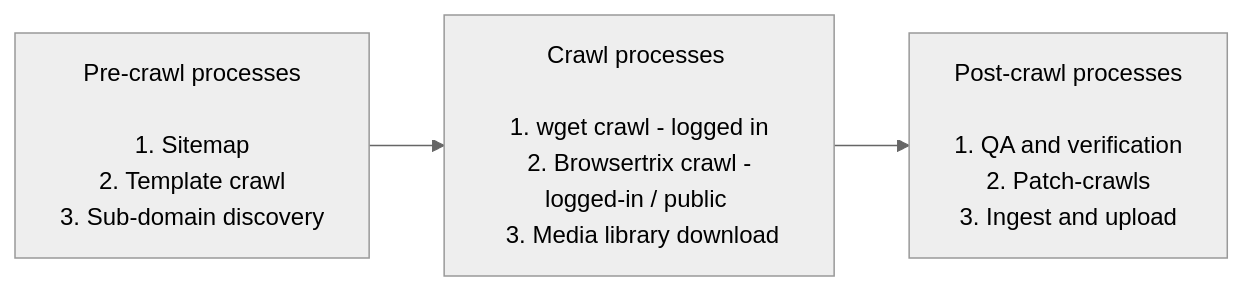
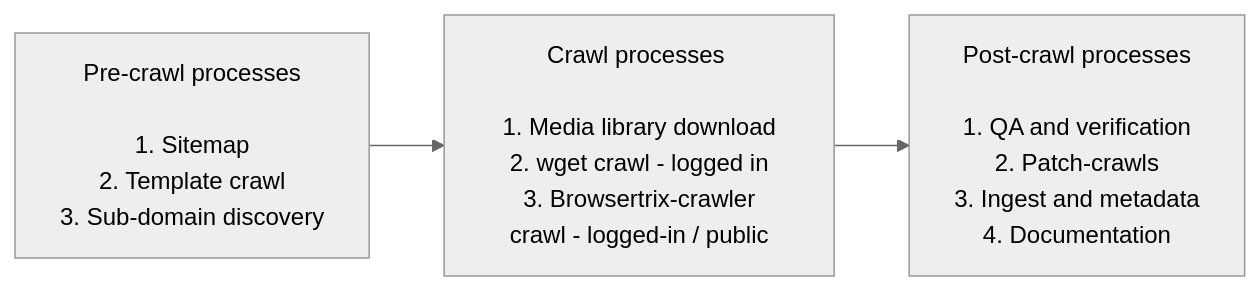
The diagram in docs/admin-guides/web-archiving/crawl-process-overview.md (icaew-digital-archive/handbook), drawn with Mermaid (neutral theme) before and after one commit. The commit also changed other lines of this file and 3 other files, not shown here.

````diff
--- a/docs/admin-guides/web-archiving/crawl-process-overview.md
+++ b/docs/admin-guides/web-archiving/crawl-process-overview.md
@@ -7,5 +7,5 @@
 ```mermaid
 flowchart LR
     id1[Pre-crawl processes \n\n 1. Sitemap \n 2. Template crawl \n 3. Sub-domain discovery] --> id2
-    id2[Crawl processes \n\n 1. wget crawl - logged in \n 2. Browsertrix crawl - logged-in / public \n 3. Media library download] --> id3[Post-crawl processes \n\n 1. QA and verification \n 2. Patch-crawls \n 3. Ingest and upload]
+    id2[Crawl processes \n\n 1. Media library download \n 2. wget crawl - logged in \n 3. Browsertrix-crawler crawl - logged-in / public] --> id3[Post-crawl processes \n\n 1. QA and verification \n 2. Patch-crawls \n 3. Ingest and metadata \n 4. Documentation]
 ```
````
